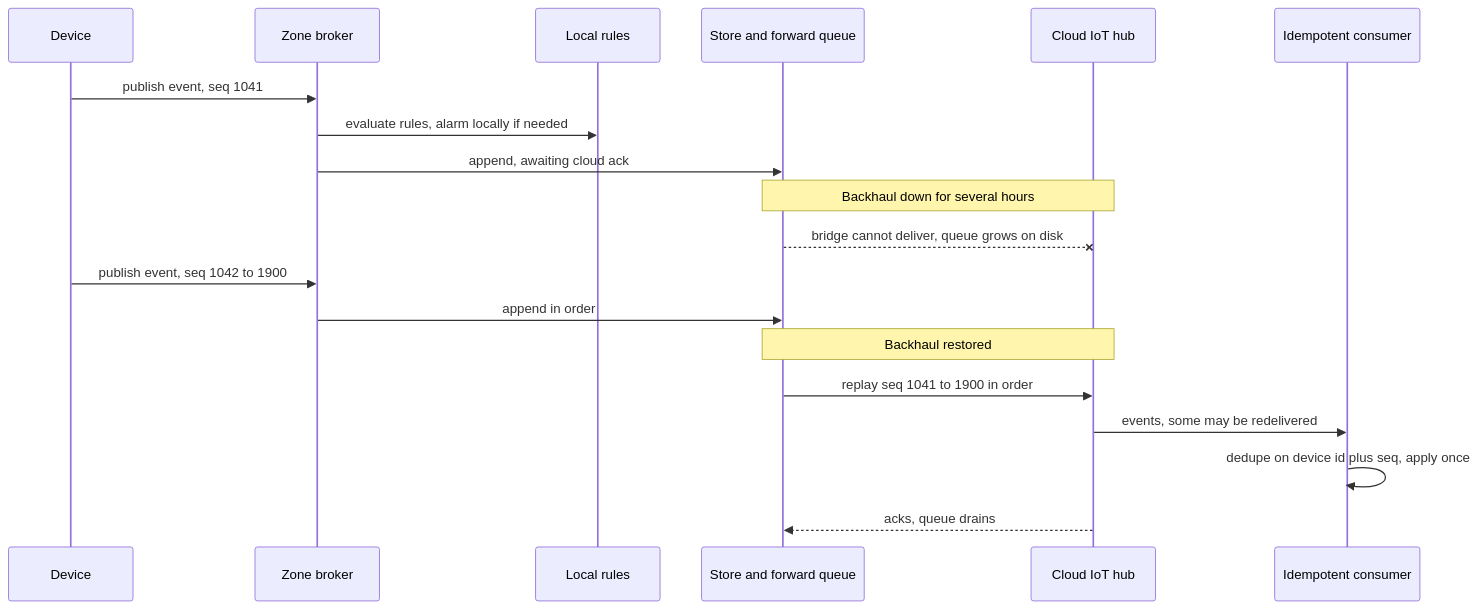
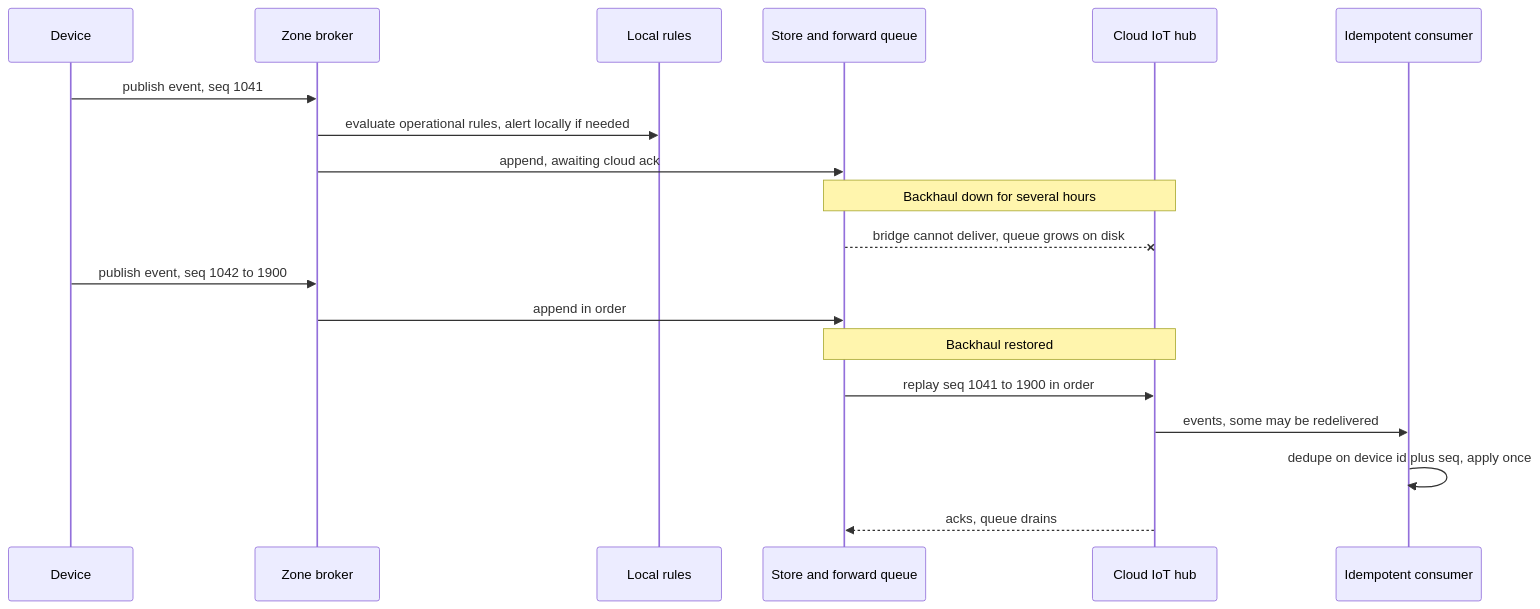
One commit to works-on-my-whiteboard/ai-architectural-katas-2026 changed the second of 2 diagrams in docs/architecture/04-data-flow.md. Above: the diagram before and after it, drawn with Mermaid. The commit also changed other lines of this file and 54 other files, not shown here.

````diff
--- a/docs/architecture/04-data-flow.md
+++ b/docs/architecture/04-data-flow.md
@@ -37,22 +39,22 @@
 ```mermaid
 sequenceDiagram
   participant Dev as Device
   participant Brk as Zone broker
   participant Rul as Local rules
   participant Q as Store and forward queue
   participant Hub as Cloud IoT hub
   participant Con as Idempotent consumer
 
   Dev->>Brk: publish event, seq 1041
-  Brk->>Rul: evaluate rules, alarm locally if needed
+  Brk->>Rul: evaluate operational rules, alert locally if needed
   Brk->>Q: append, awaiting cloud ack
   Note over Q,Hub: Backhaul down for several hours
   Q--xHub: bridge cannot deliver, queue grows on disk
   Dev->>Brk: publish event, seq 1042 to 1900
   Brk->>Q: append in order
   Note over Q,Hub: Backhaul restored
   Q->>Hub: replay seq 1041 to 1900 in order
   Hub->>Con: events, some may be redelivered
   Con->>Con: dedupe on device id plus seq, apply once
   Hub-->>Q: acks, queue drains
 ```
````
